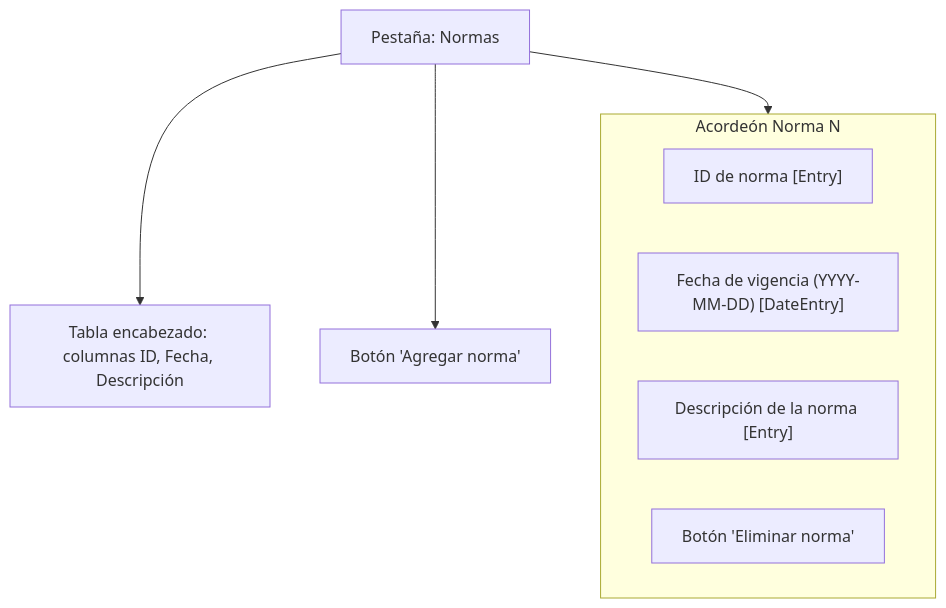
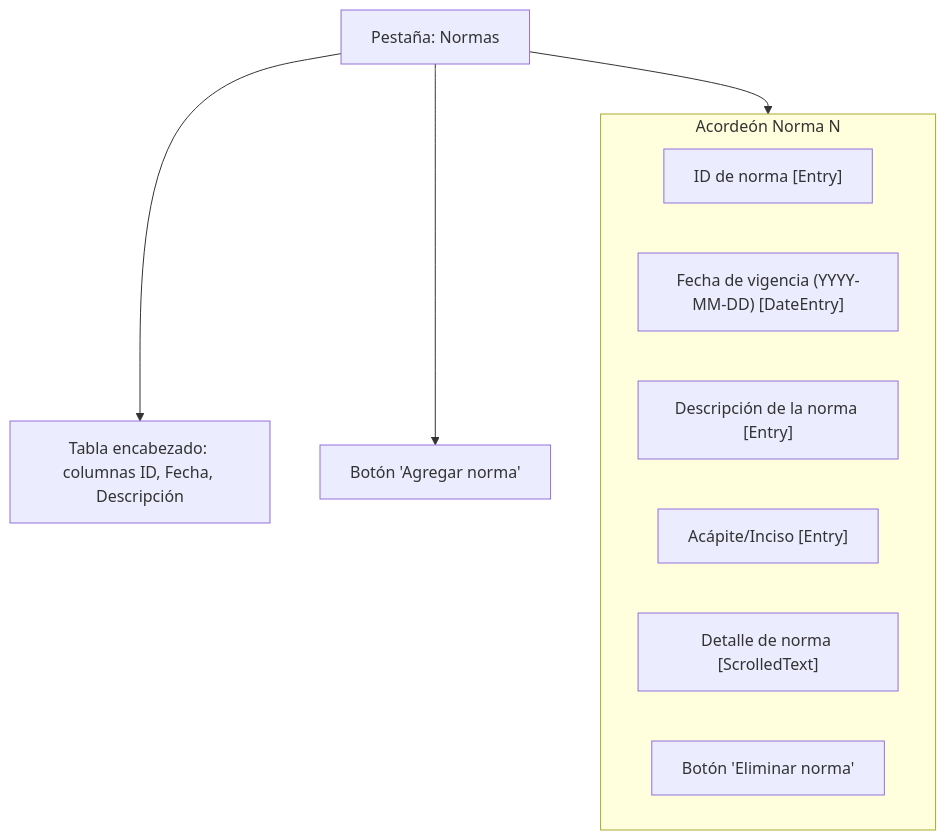
Before and after one commit to PillB/Formulario_investigacion: the diagram in wireframes/tab03_normas.mmd, drawn with Mermaid. The commit also changed 3 other files, not shown here.

```diff
--- a/wireframes/tab03_normas.mmd
+++ b/wireframes/tab03_normas.mmd
@@ -1,14 +1,16 @@
 flowchart TB
     tab["Pestaña: Normas"]
     header["Tabla encabezado: columnas ID, Fecha, Descripción"]
     add_btn["Botón 'Agregar norma'"]
     tab --> header
     tab --> add_btn
 
     subgraph norm_card["Acordeón Norma N"]
         id_norma["ID de norma [Entry]"]
         fecha["Fecha de vigencia (YYYY-MM-DD) [DateEntry]"]
         descripcion["Descripción de la norma [Entry]"]
+        acapite["Acápite/Inciso [Entry]"]
+        detalle["Detalle de norma [ScrolledText]"]
         remove_btn["Botón 'Eliminar norma'"]
     end
     tab --> norm_card
```
